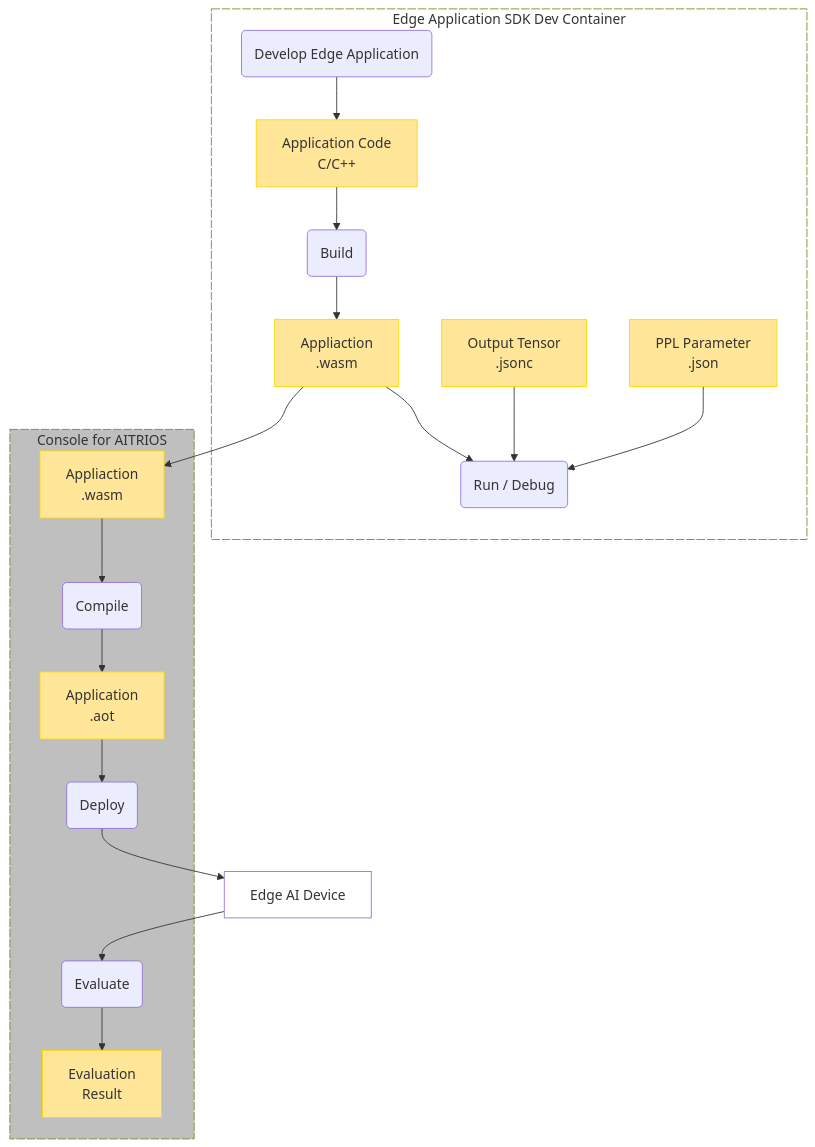
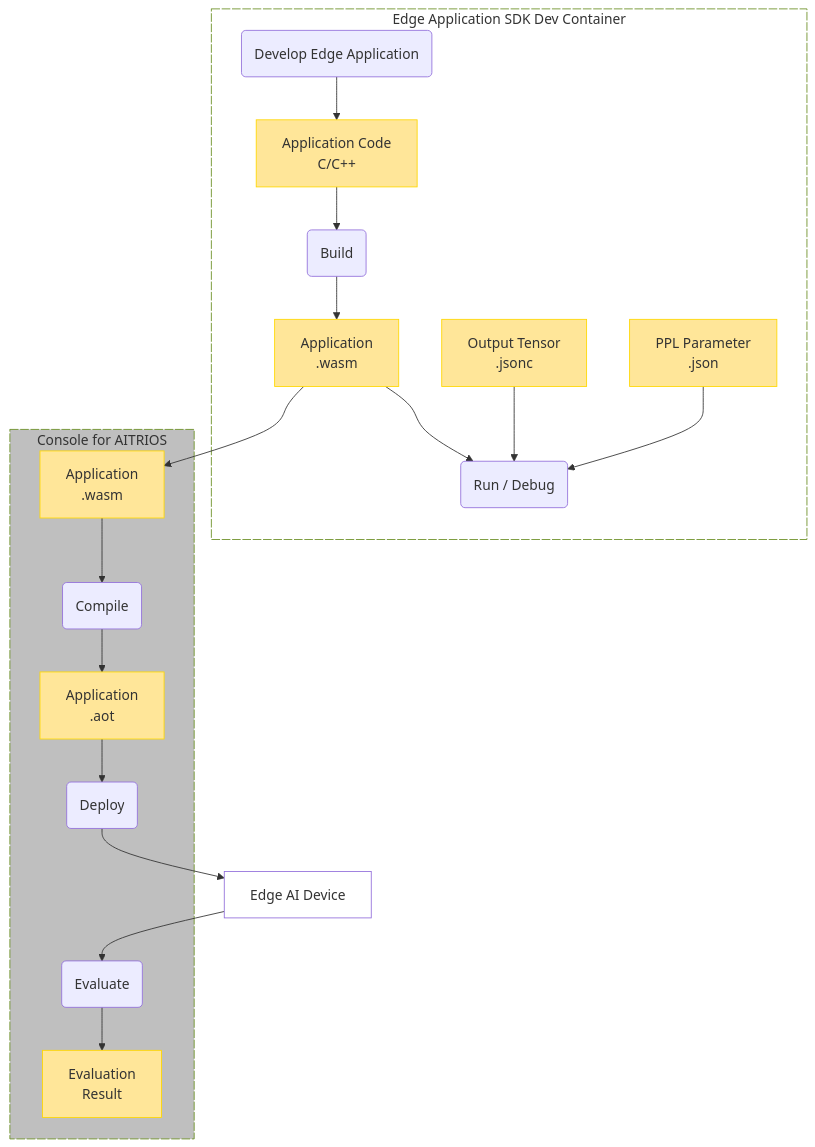
Before and after one commit to SonySemiconductorSolutions/aitrios-sdk-vision-sensing-app: the third of 3 diagrams in README.md, drawn with Mermaid. The commit also changed other lines of this file, not shown here.

````diff
--- a/README.md
+++ b/README.md
@@ -152,47 +152,47 @@
 ```mermaid
 %%{init: {'theme': 'default'}}%%
 graph TB;
     style DevContainer fill:#FFFFFF, stroke:#6b8e23, stroke-dasharray: 10 2
     style Console fill:#BFBFBF, stroke:#6b8e23, stroke-dasharray: 10 2
 
     classDef object fill:#FFE699, stroke:#FFD700
     classDef device fill:#FFFFFF
 
     ppl_code[Application Code<br>C/C++]:::object
     output_tensor[Output Tensor<br>.jsonc]:::object
     ppl_parameter[PPL Parameter<br>.json]:::object
-    wasm[Appliaction<br>.wasm]:::object
-    wasm2[Appliaction<br>.wasm]:::object
+    wasm[Application<br>.wasm]:::object
+    wasm2[Application<br>.wasm]:::object
     aot[Application<br>.aot]:::object
     eval_result[Evaluation<br>Result]:::object
 
     develop(Develop Edge Application)
     build_wasm(Build)
     debug_wasm(Run / Debug)
     compile_aot(Compile)
     deploy(Deploy)
     eval(Evaluate)
 
     device[Edge AI Device]:::device
 
     subgraph DevContainer[Edge Application SDK Dev Container]
         develop --> ppl_code
         ppl_code --> build_wasm
         build_wasm --> wasm
         wasm --> debug_wasm
         output_tensor --> debug_wasm
         ppl_parameter --> debug_wasm
     end
 
     subgraph Console["Console for AITRIOS"]
         wasm2 --> compile_aot
         compile_aot --> aot
         aot --> deploy
         eval --> eval_result
     end
 
     wasm --> wasm2
     deploy --> device
     device --> eval
 
 ```
````
